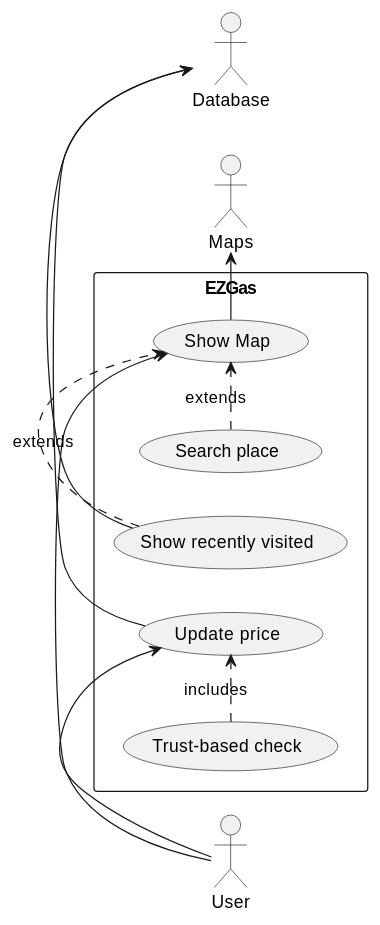
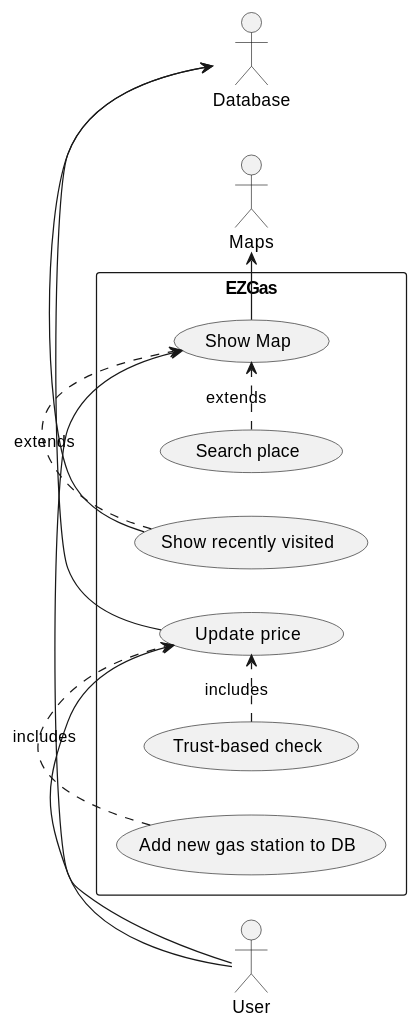
One commit to SoftengPoliTo/Lab2 changed the second of 2 diagrams in REQ_s280124.md. Above: the diagram before and after it, drawn with PlantUML. The commit also changed other lines of this file, not shown here.

Commit message:
add FR2.2 Add new gas station to database if not present

````diff
--- a/REQ_s280124.md
+++ b/REQ_s280124.md
@@ -108,21 +110,23 @@
 ```plantuml
 left to right direction
 actor User as U
 actor Database as DB
 actor Maps as M
 rectangle EZGas {
 	usecase "Show Map" as FR1
 	usecase "Search place" as FR1.1
 	usecase "Show recently visited" as FR1.2
 	usecase "Update price" as FR2
 	usecase "Trust-based check" as FR2.1
+	usecase "Add new gas station to DB" as FR2.2
 }
 U -> FR1
 U -> FR2
 FR1 -> M
 FR1.1 .> FR1 : extends
 FR1.2 .> FR1 : extends
 FR1.2 -> DB
 FR2 -> DB
 FR2.1 .> FR2 : includes
+FR2.2 .> FR2 : includes
 ```
````
